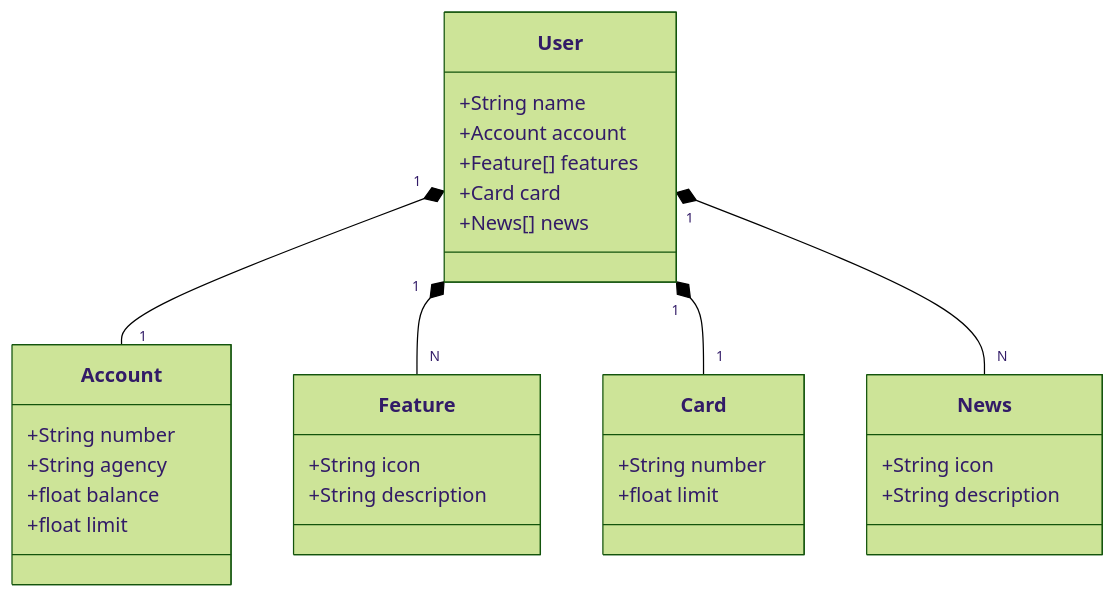
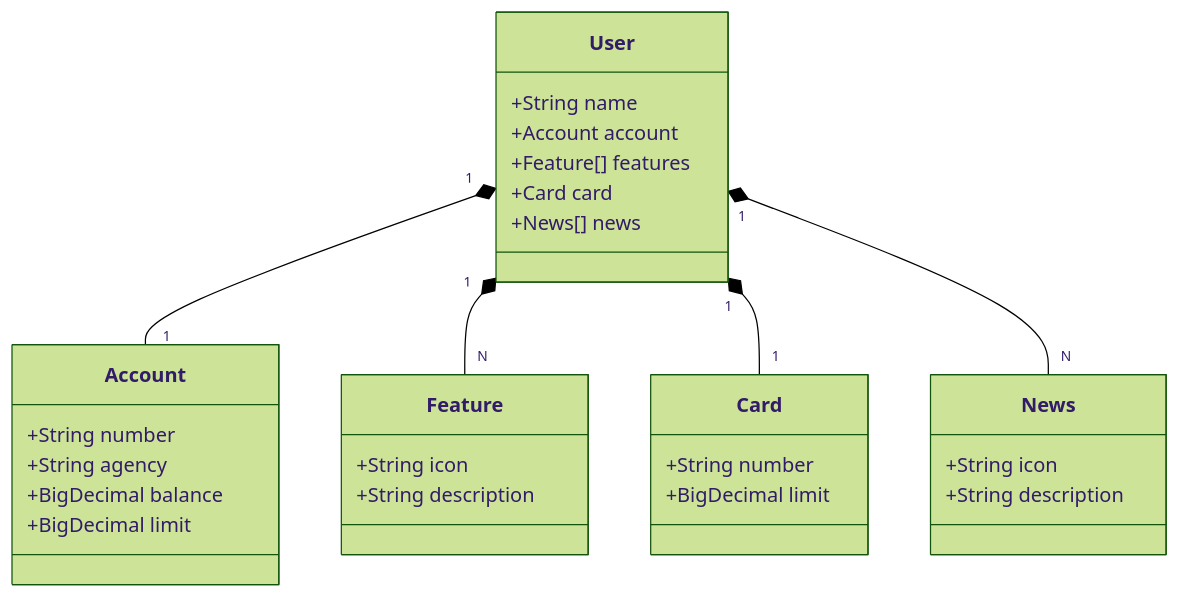
One commit to Williannca85/decola-Tech-2025 changed the diagram in README.md. Above: the diagram before and after it, drawn with Mermaid (forest theme).

Commit message:
Update README.md
troca de float por bigdecimal

````diff
--- a/README.md
+++ b/README.md
@@ -5,37 +5,37 @@
 ```mermaid
 classDiagram
     class User {
         +String name
         +Account account
         +Feature[] features
         +Card card
         +News[] news
     }
 
     class Account {
         +String number
         +String agency
-        +float balance
-        +float limit
+        +BigDecimal balance
+        +BigDecimal limit
     }
 
     class Feature {
         +String icon
         +String description
     }
 
     class Card {
         +String number
-        +float limit
+        +BigDecimal limit
     }
 
     class News {
         +String icon
         +String description
     }
 
     User "1" *-- "1" Account
     User "1" *-- "N" Feature
     User "1" *-- "1" Card
     User "1" *-- "N" News
 ```
````
